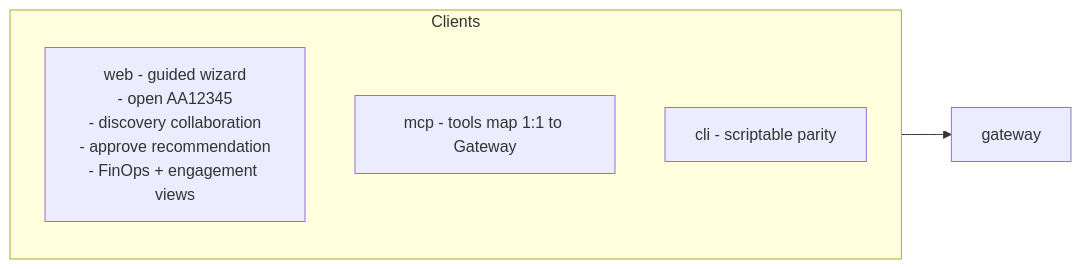
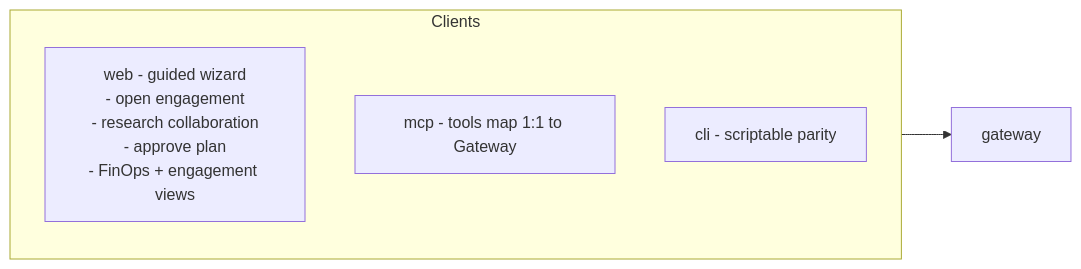
Before and after one commit to shivank22/ICE: the third of 9 diagrams in ARCHITECTURE.md, drawn with Mermaid. The commit also changed other lines of this file and 45 other files, not shown here.

````diff
--- a/ARCHITECTURE.md
+++ b/ARCHITECTURE.md
@@ -256,9 +254,9 @@
 ```mermaid
 flowchart LR
     subgraph clients [Clients]
-        UI["web - guided wizard\n- open AA12345\n- discovery collaboration\n- approve recommendation\n- FinOps + engagement views"]
+        UI["web - guided wizard\n- open engagement\n- research collaboration\n- approve plan\n- FinOps + engagement views"]
         MCP["mcp - tools map 1:1 to Gateway"]
         CLI["cli - scriptable parity"]
     end
     clients --> GW["gateway"]
 ```
````
